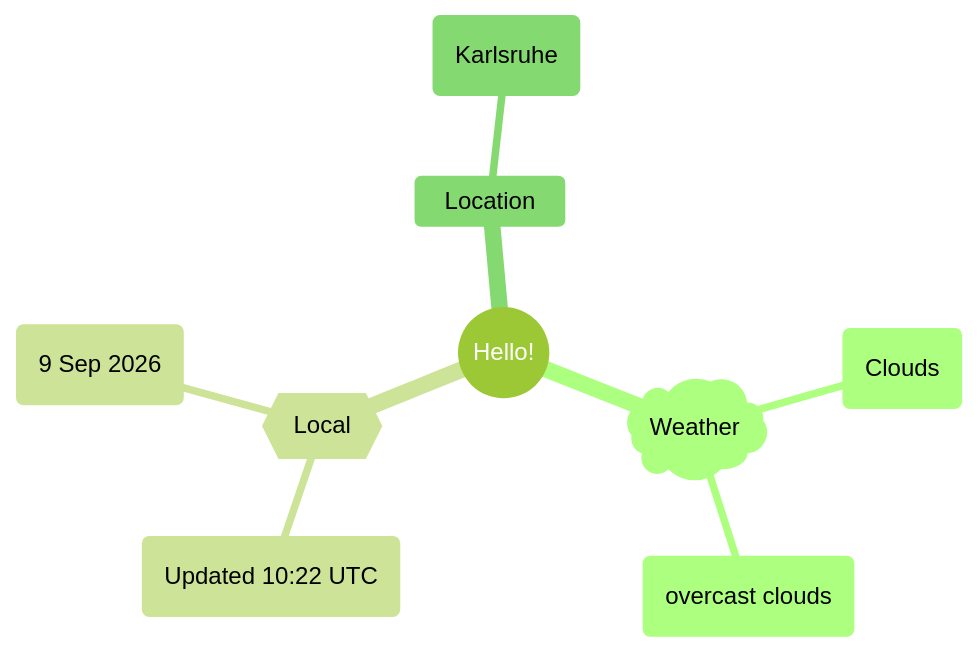
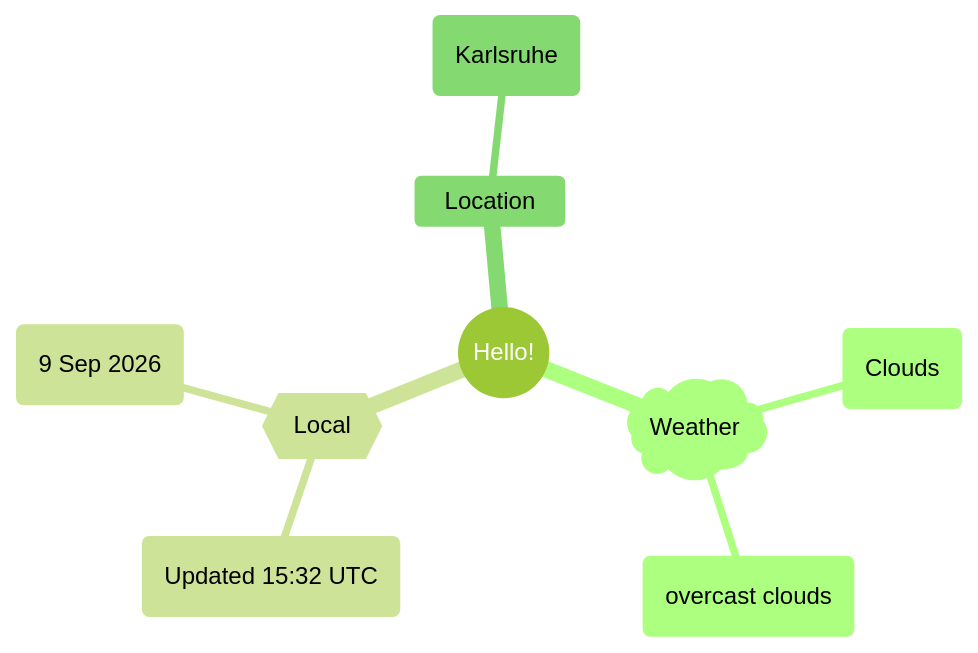
The first of 2 diagrams in README.md (Xosrov/Xosrov), drawn with Mermaid (forest theme) before and after one commit.

Commit message:
[bot] updated images

````diff
--- a/README.md
+++ b/README.md
@@ -3,12 +3,12 @@
 ```mermaid
 mindmap
   root((Hello!))
     )Weather(
         (Clouds)
         (overcast clouds)
     {{Local}}
-        (Updated 10:22 UTC)
+        (Updated 15:32 UTC)
         (9 Sep 2026)
     Location
         (Karlsruhe)
 ```
````
